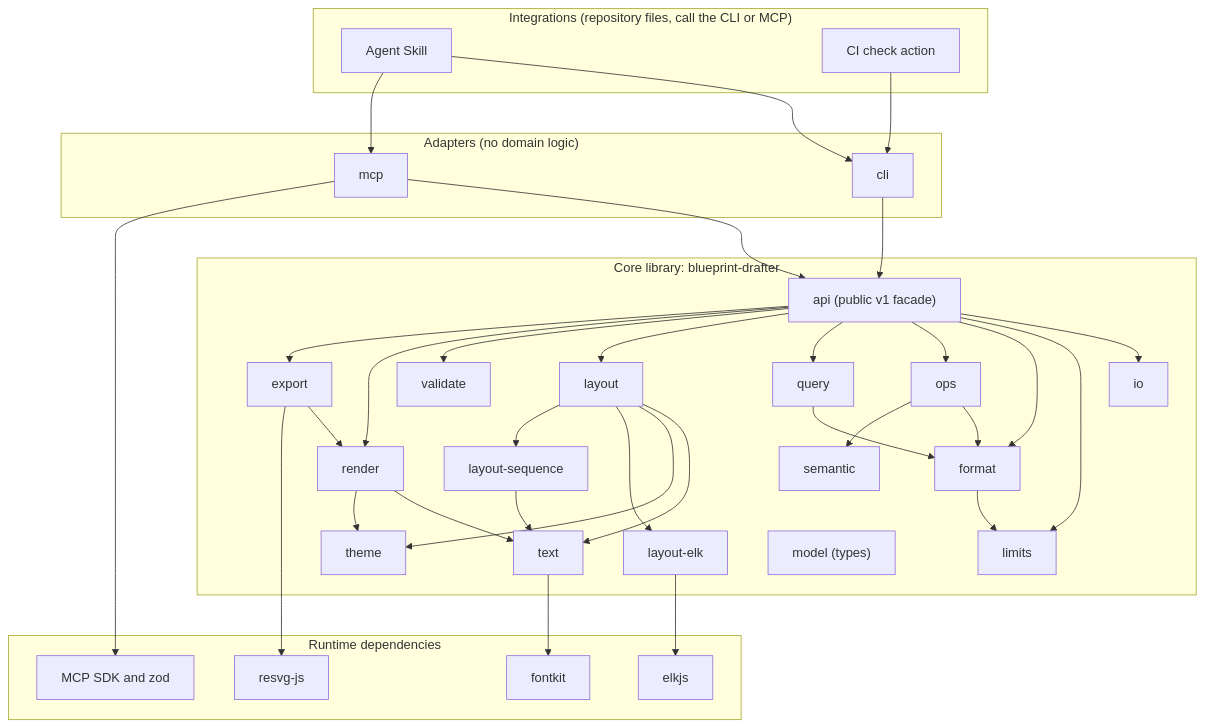
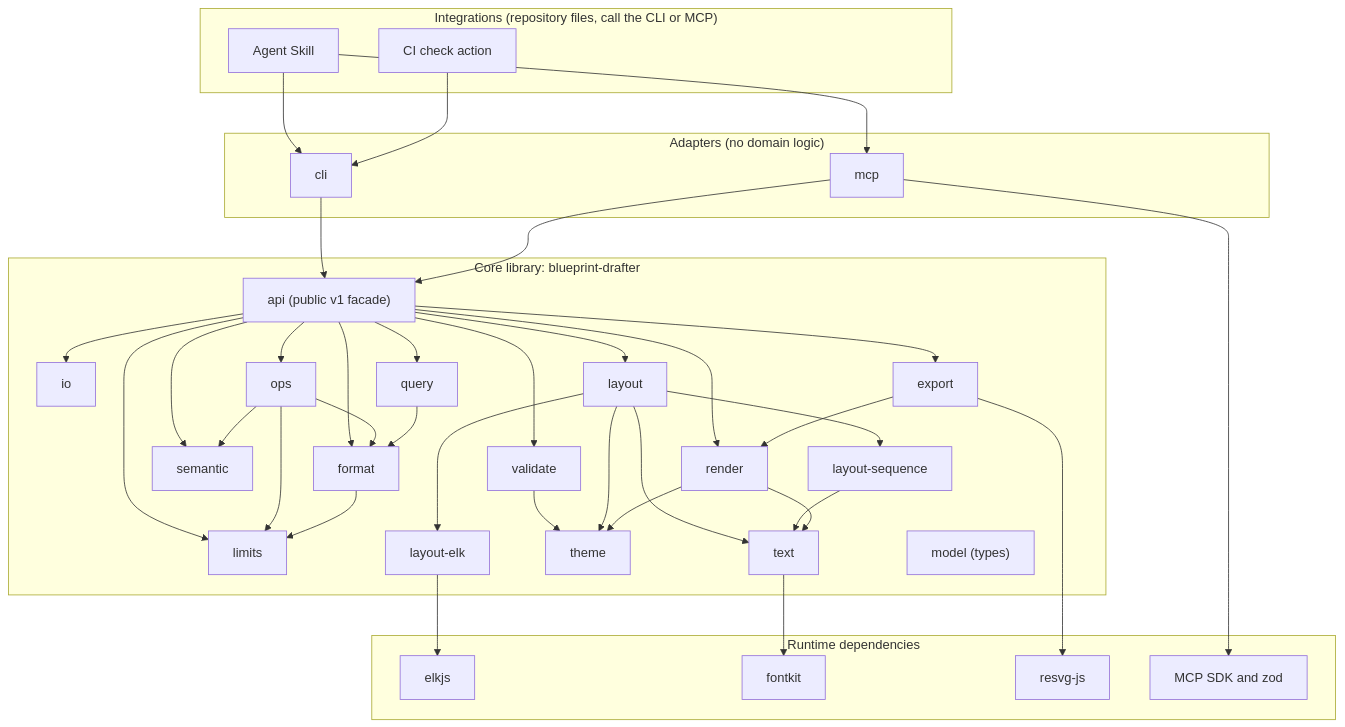
Before and after one commit to eliangilsierra/blueprint-drafter: the second of 3 diagrams in docs/architecture/3-mvp-architecture.md, drawn with Mermaid. The commit also changed other lines of this file, not shown here.

First line of the commit message:
docs(architecture): address review findings on interfaces and security

````diff
--- a/docs/architecture/3-mvp-architecture.md
+++ b/docs/architecture/3-mvp-architecture.md
@@ -160,65 +167,68 @@
 ```mermaid
 flowchart TB
     subgraph adapters["Adapters (no domain logic)"]
         cli["cli"]
         mcp["mcp"]
     end
     subgraph integrations["Integrations (repository files, call the CLI or MCP)"]
         skill["Agent Skill"]
         action["CI check action"]
     end
     subgraph core["Core library: blueprint-drafter"]
         api["api (public v1 facade)"]
         io["io"]
         limits["limits"]
         format["format"]
         semantic["semantic"]
         ops["ops"]
         query["query"]
         text["text"]
         theme["theme"]
         layout["layout"]
         elk["layout-elk"]
         seq["layout-sequence"]
         validate["validate"]
         render["render"]
         export["export"]
         model["model (types)"]
     end
     subgraph deps["Runtime dependencies"]
         elkjs["elkjs"]
         fontkit["fontkit"]
         resvg["resvg-js"]
         sdk["MCP SDK and zod"]
     end
     skill --> cli
     skill --> mcp
     action --> cli
     cli --> api
     mcp --> api
     mcp --> sdk
     api --> io
     api --> limits
     api --> format
     api --> ops
     api --> query
     api --> layout
     api --> validate
     api --> render
     api --> export
+    api --> semantic
     ops --> format
     ops --> semantic
+    ops --> limits
     query --> format
+    validate --> theme
     format --> limits
     layout --> text
     layout --> theme
     layout --> elk
     layout --> seq
     seq --> text
     elk --> elkjs
     text --> fontkit
     render --> text
     render --> theme
     export --> render
     export --> resvg
 ```
````
